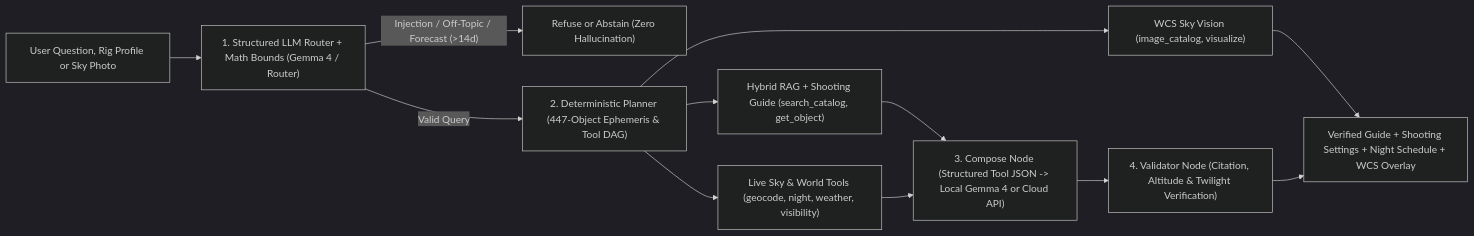
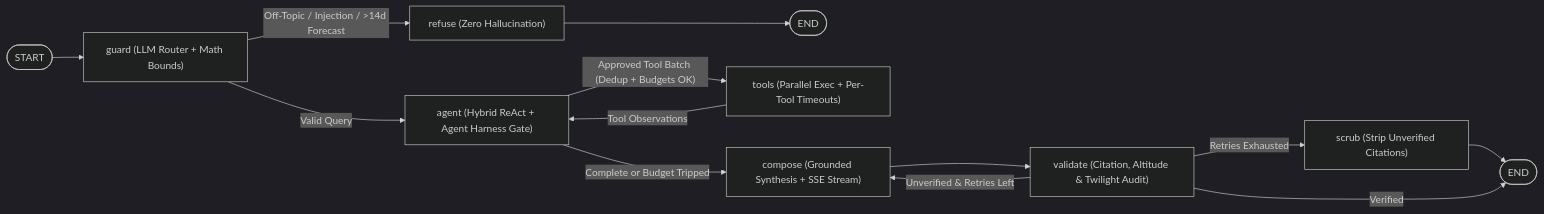
The diagram in README.md (Waxguillermo/Astropilote), drawn with Mermaid (dark theme) before and after one commit. The commit also changed other lines of this file and 18 other files, not shown here.

Commit message:
feat(agent,harness,docs): add compiled LangGraph StateGraph, hybrid ReAct loop, and strict Agentic Harness (v1.1.2)

````diff
--- a/README.md
+++ b/README.md
@@ -16,17 +34,17 @@
 ```mermaid
 flowchart LR
-    U["User Question, Rig Profile or Sky Photo"] --> G["1. Structured LLM Router + Math Bounds (Gemma 4 / Router)"]
-    G -->|"Injection / Off-Topic / Forecast (>14d)"| R["Refuse or Abstain (Zero Hallucination)"]
-    G -->|"Valid Query"| A["2. Deterministic Planner (447-Object Ephemeris & Tool DAG)"]
+    START(["START"]) --> G["guard (LLM Router + Math Bounds)"]
+    G -->|"Off-Topic / Injection / >14d Forecast"| R["refuse (Zero Hallucination)"]
+    R --> END1(["END"])
 
-    A --> T1["Hybrid RAG + Shooting Guide (search_catalog, get_object)"]
-    A --> T2["Live Sky & World Tools (geocode, night, weather, visibility)"]
-    A --> T3["WCS Sky Vision (image_catalog, visualize)"]
+    G -->|"Valid Query"| A["agent (Hybrid ReAct + Agent Harness Gate)"]
+    A -->|"Approved Tool Batch (Dedup + Budgets OK)"| T["tools (Parallel Exec + Per-Tool Timeouts)"]
+    T -->|"Tool Observations"| A
 
-    T1 --> C["3. Compose Node (Structured Tool JSON -> Local Gemma 4 or Cloud API)"]
-    T2 --> C
-    T3 --> O["Verified Guide + Shooting Settings + Night Schedule + WCS Overlay"]
-
-    C --> V["4. Validator Node (Citation, Altitude & Twilight Verification)"]
-    V --> O
+    A -->|"Complete or Budget Tripped"| C["compose (Grounded Synthesis + SSE Stream)"]
+    C --> V["validate (Citation, Altitude & Twilight Audit)"]
+    V -->|"Unverified & Retries Left"| C
+    V -->|"Retries Exhausted"| S["scrub (Strip Unverified Citations)"]
+    S --> END2(["END"])
+    V -->|"Verified"| END2
 ```
````
